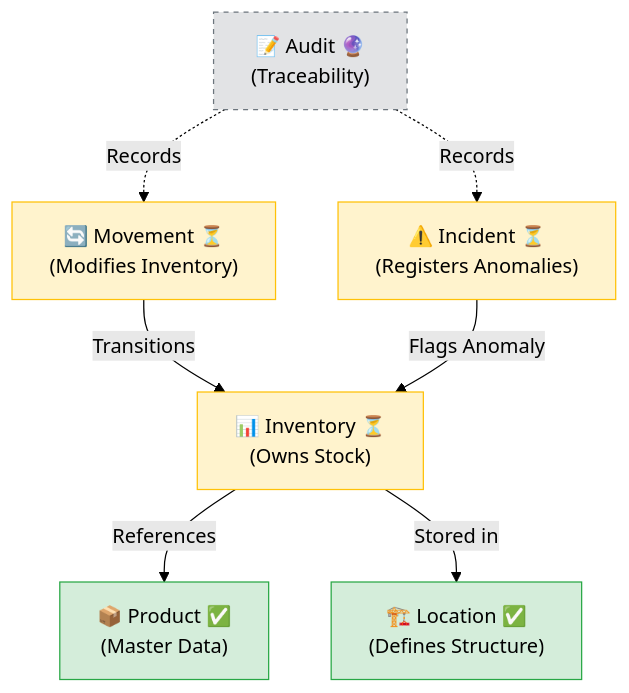
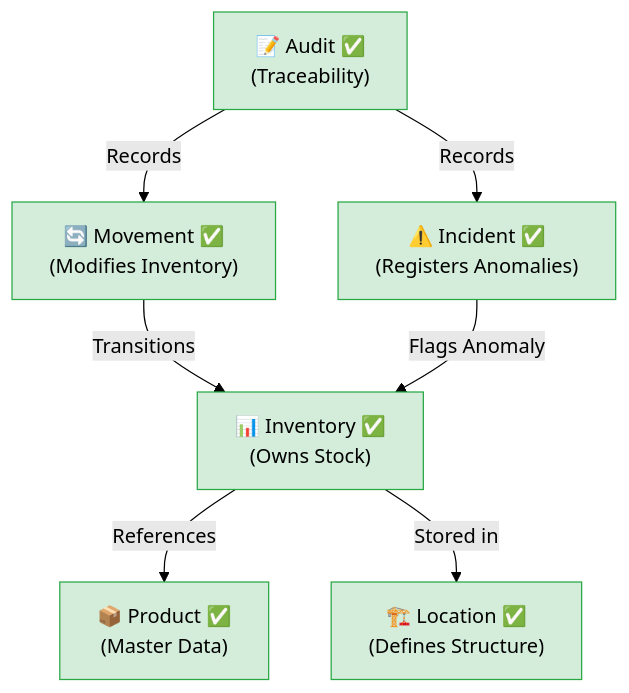
The second of 5 diagrams in README.md (h-builds/nexus-wms), drawn with Mermaid (forest theme) before and after one commit. The commit also changed other lines of this file and 1 other file, not shown here.

Commit message:
docs: update project roadmap to reflect Phase 0 completion and initiate Phase 1 Field-Agent Mobile development

````diff
--- a/README.md
+++ b/README.md
@@ -66,22 +85,18 @@
 ```mermaid
 flowchart TD
     classDef implemented fill:#d4edda,stroke:#28a745,color:#000
-    classDef upcoming fill:#fff3cd,stroke:#ffc107,color:#000
-    classDef future fill:#e2e3e5,stroke:#6c757d,stroke-dasharray: 4 4,color:#000
 
     Product["📦 Product ✅\n(Master Data)"]:::implemented
     Location["🏗️ Location ✅\n(Defines Structure)"]:::implemented
-    
-    Inventory["📊 Inventory ⏳\n(Owns Stock)"]:::upcoming
-    Movement["🔄 Movement ⏳\n(Modifies Inventory)"]:::upcoming
-    Incident["⚠️ Incident ⏳\n(Registers Anomalies)"]:::upcoming
-    
-    Audit["📝 Audit 🔮\n(Traceability)"]:::future
+    Inventory["📊 Inventory ✅\n(Owns Stock)"]:::implemented
+    Movement["🔄 Movement ✅\n(Modifies Inventory)"]:::implemented
+    Incident["⚠️ Incident ✅\n(Registers Anomalies)"]:::implemented
+    Audit["📝 Audit ✅\n(Traceability)"]:::implemented
 
     Movement -->|Transitions| Inventory
     Incident -->|Flags Anomaly| Inventory
     Inventory -->|References| Product
     Inventory -->|Stored in| Location
-    Audit -.->|Records| Movement
-    Audit -.->|Records| Incident
+    Audit -->|Records| Movement
+    Audit -->|Records| Incident
 ```
````
